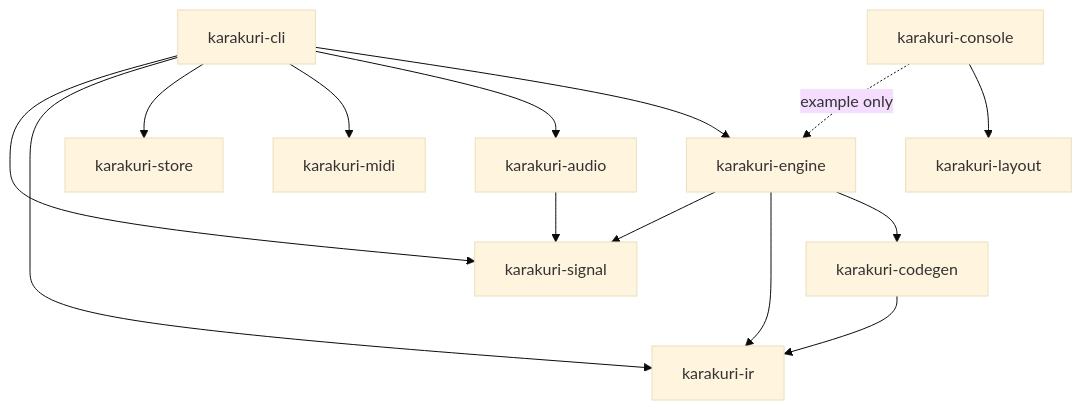
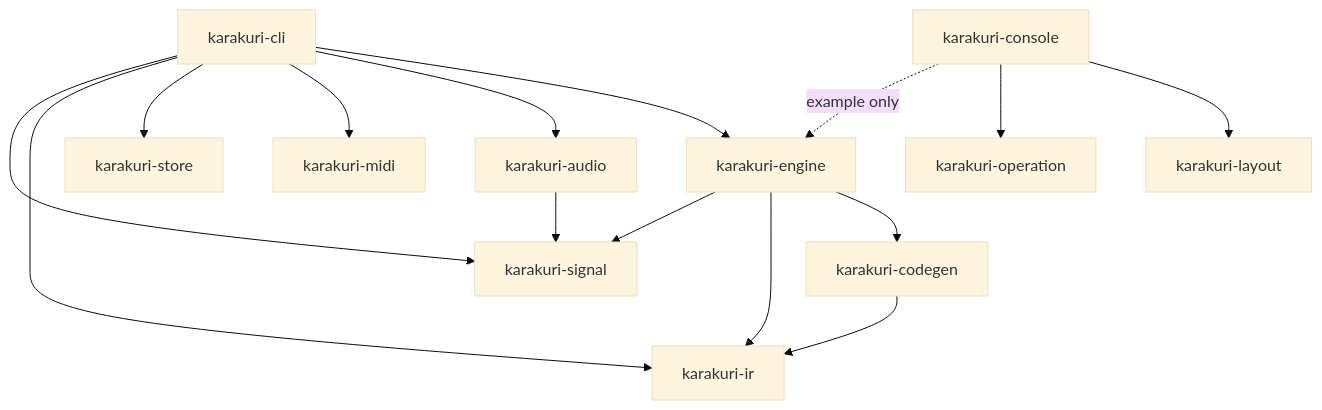
One commit to toyoshim-i/Karakuri changed the first of 3 diagrams in docs/architecture.md. Above: the diagram before and after it, drawn with Mermaid (base theme). The commit also changed other lines of this file and 3 other files, not shown here.

````diff
--- a/docs/architecture.md
+++ b/docs/architecture.md
@@ -32,20 +32,21 @@
 ```mermaid
 graph TD
     CLI[karakuri-cli] --> ENGINE[karakuri-engine]
     CLI --> AUDIO[karakuri-audio]
     CLI --> MIDI[karakuri-midi]
     CLI --> STORE[karakuri-store]
     CLI --> IR[karakuri-ir]
     CLI --> SIGNAL[karakuri-signal]
 
     CONSOLE[karakuri-console] --> LAYOUT[karakuri-layout]
+    CONSOLE --> OPERATION[karakuri-operation]
     CONSOLE -.->|example only| ENGINE
 
     ENGINE --> CODEGEN[karakuri-codegen]
     ENGINE --> IR
     ENGINE --> SIGNAL
 
     CODEGEN --> IR
 
     AUDIO --> SIGNAL
 ```
````
